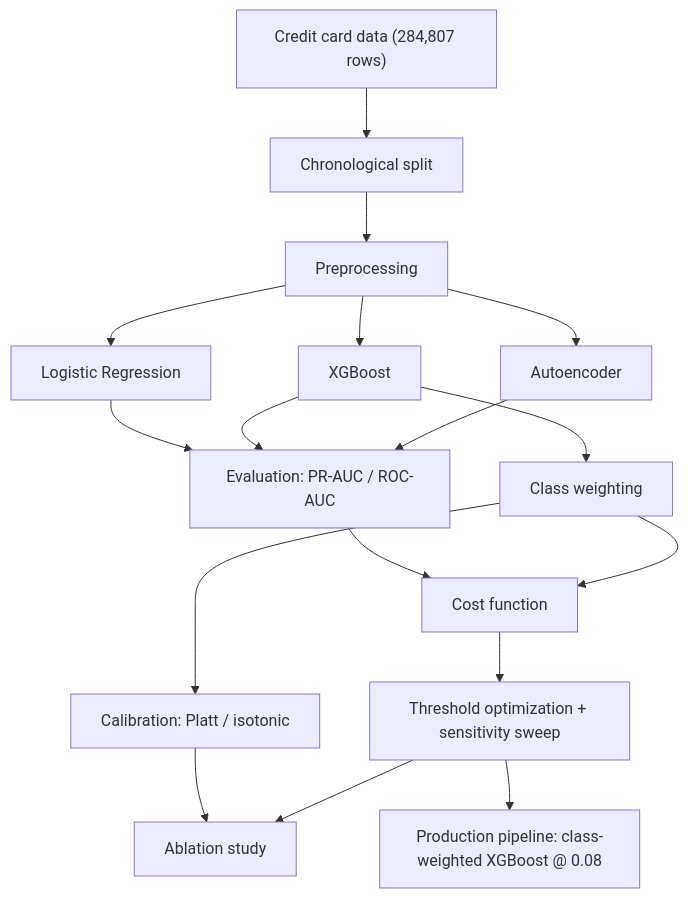
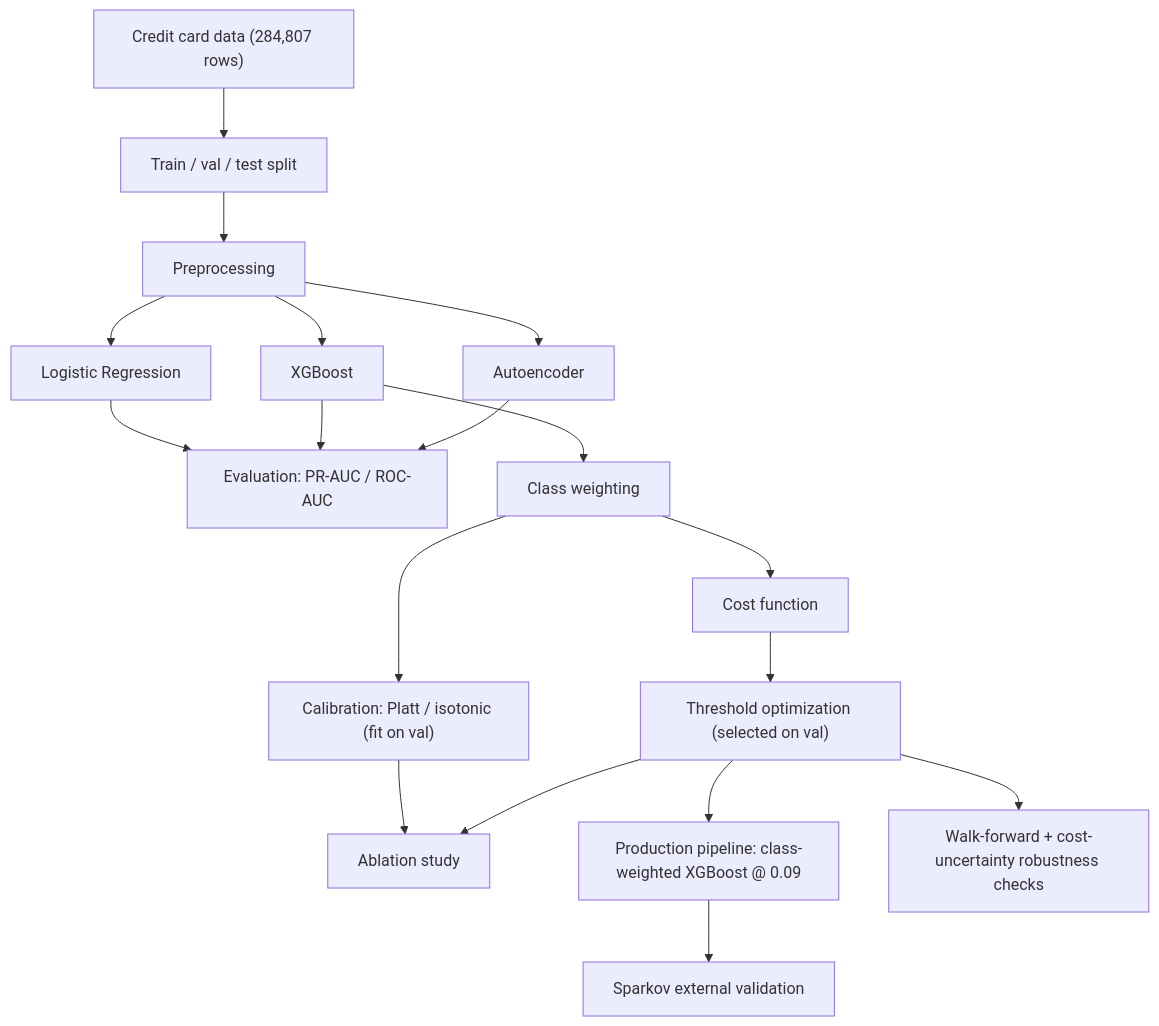
The first of 3 diagrams in README.md (Charith-Reddy-Pareddy/Cost-Sensitive-Fraud-Detection-with-Threshold-Optimization), drawn with Mermaid before and after one commit. The commit also changed other lines of this file, not shown here.

````diff
--- a/README.md
+++ b/README.md
@@ -65,19 +102,20 @@
 ```mermaid
 flowchart TD
-    A["Credit card data (284,807 rows)"] --> B["Chronological split"]
+    A["Credit card data (284,807 rows)"] --> B["Train / val / test split"]
     B --> C["Preprocessing"]
     C --> D["Logistic Regression"]
     C --> E["XGBoost"]
     C --> F["Autoencoder"]
     D --> G["Evaluation: PR-AUC / ROC-AUC"]
     E --> G
     F --> G
     E --> H["Class weighting"]
-    G --> I["Cost function"]
-    H --> I
-    I --> J["Threshold optimization + sensitivity sweep"]
-    H --> K["Calibration: Platt / isotonic"]
+    H --> I["Cost function"]
+    I --> J["Threshold optimization (selected on val)"]
+    H --> K["Calibration: Platt / isotonic (fit on val)"]
     K --> L["Ablation study"]
     J --> L
-    J --> M["Production pipeline: class-weighted XGBoost @ 0.08"]
+    J --> M["Production pipeline: class-weighted XGBoost @ 0.09"]
+    J --> N["Walk-forward + cost-uncertainty robustness checks"]
+    M --> O["Sparkov external validation"]
 ```
````
